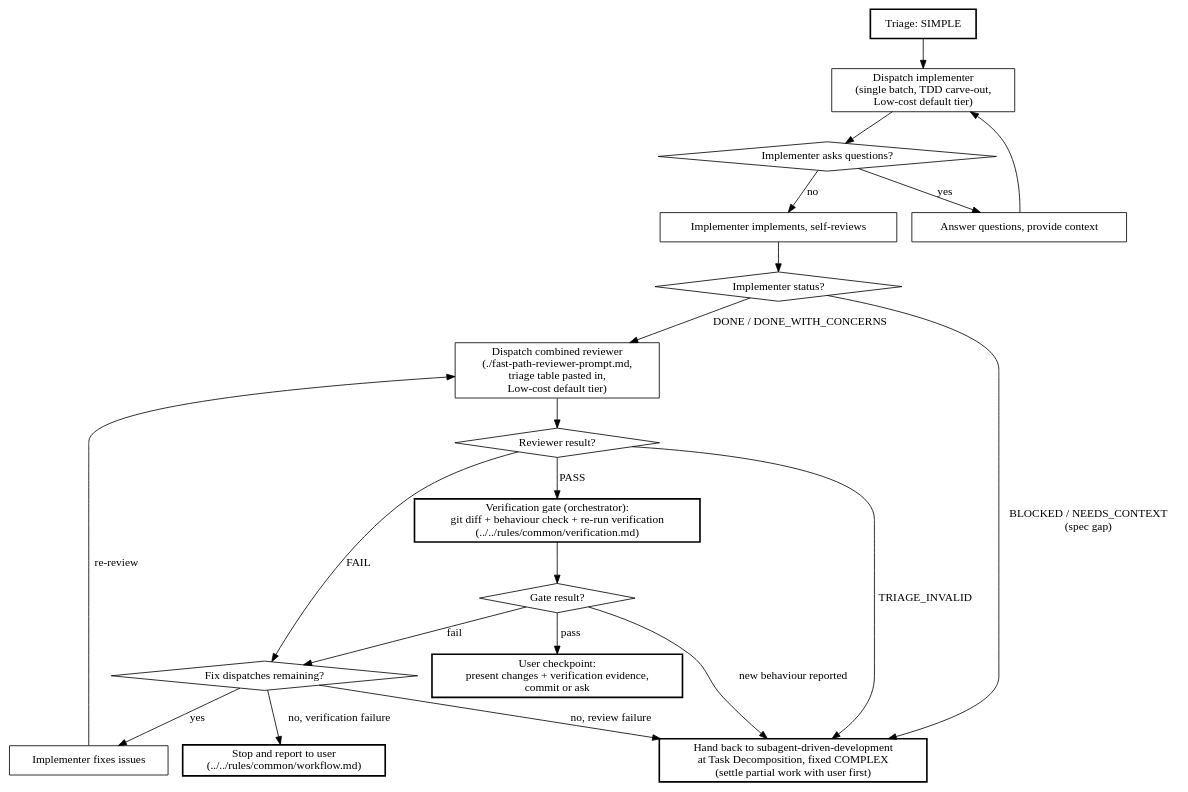
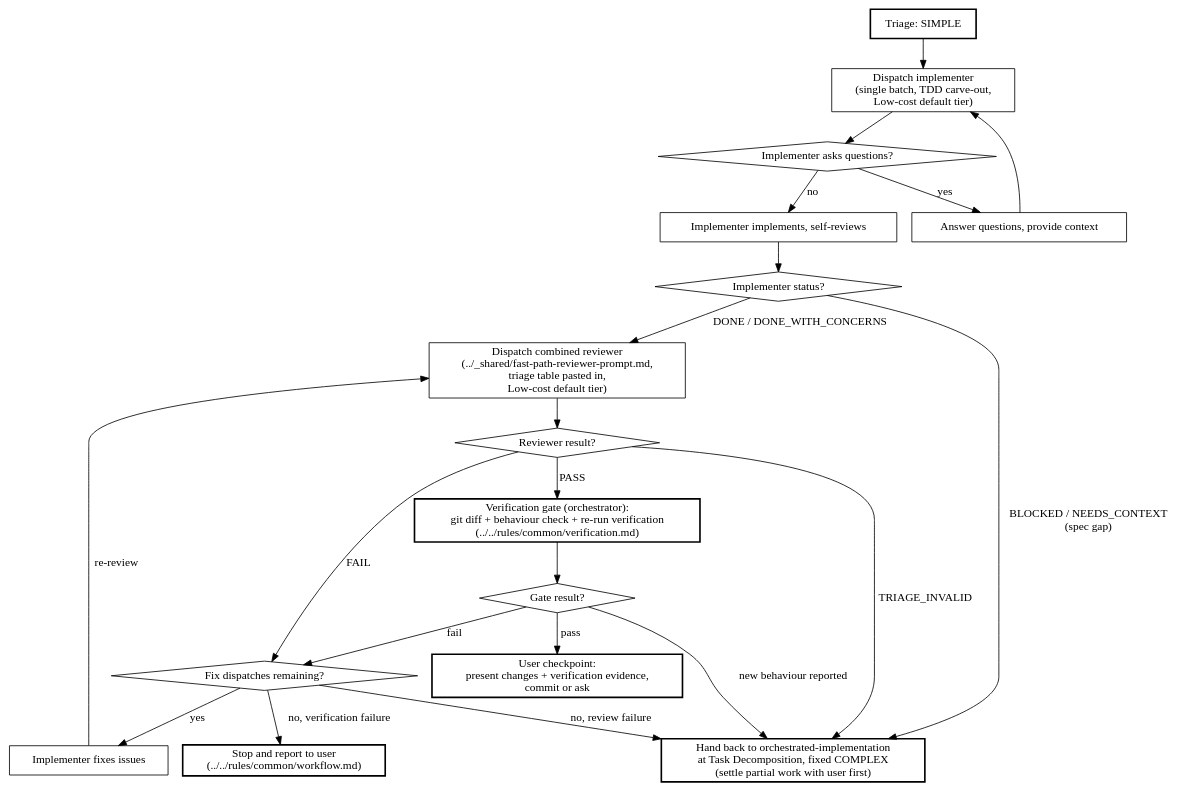
One commit to philipobenito/elelem changed the diagram in skills/fast-path-implementation/SKILL.md. Above: the diagram before and after it, drawn with Graphviz. The commit also changed other lines of this file and 34 other files, not shown here.

First line of the commit message:
Add debugging investigator and reviewer prompt templates; implement orchestrated implementation skill and teammate protocol

````diff
--- a/skills/fast-path-implementation/SKILL.md
+++ b/skills/fast-path-implementation/SKILL.md
@@ -129,42 +129,42 @@
 ```dot
 digraph fast_path {
     rankdir=TB;
 
     "Triage: SIMPLE" [shape=box, style=bold];
     "Dispatch implementer\n(single batch, TDD carve-out,\nLow-cost default tier)" [shape=box];
     "Implementer asks questions?" [shape=diamond];
     "Answer questions, provide context" [shape=box];
     "Implementer implements, self-reviews" [shape=box];
     "Implementer status?" [shape=diamond];
-    "Dispatch combined reviewer\n(./fast-path-reviewer-prompt.md,\ntriage table pasted in,\nLow-cost default tier)" [shape=box];
+    "Dispatch combined reviewer\n(../_shared/fast-path-reviewer-prompt.md,\ntriage table pasted in,\nLow-cost default tier)" [shape=box];
     "Reviewer result?" [shape=diamond];
     "Fix dispatches remaining?" [shape=diamond];
     "Implementer fixes issues" [shape=box];
     "Verification gate (orchestrator):\ngit diff + behaviour check + re-run verification\n(../../rules/common/verification.md)" [shape=box, style=bold];
     "Gate result?" [shape=diamond];
-    "Hand back to subagent-driven-development\nat Task Decomposition, fixed COMPLEX\n(settle partial work with user first)" [shape=box, style=bold];
+    "Hand back to orchestrated-implementation\nat Task Decomposition, fixed COMPLEX\n(settle partial work with user first)" [shape=box, style=bold];
     "Stop and report to user\n(../../rules/common/workflow.md)" [shape=box, style=bold];
     "User checkpoint:\npresent changes + verification evidence,\ncommit or ask" [shape=box, style=bold];
 
     "Triage: SIMPLE" -> "Dispatch implementer\n(single batch, TDD carve-out,\nLow-cost default tier)";
     "Dispatch implementer\n(single batch, TDD carve-out,\nLow-cost default tier)" -> "Implementer asks questions?";
     "Implementer asks questions?" -> "Answer questions, provide context" [label="yes"];
     "Answer questions, provide context" -> "Dispatch implementer\n(single batch, TDD carve-out,\nLow-cost default tier)";
     "Implementer asks questions?" -> "Implementer implements, self-reviews" [label="no"];
     "Implementer implements, self-reviews" -> "Implementer status?";
-    "Implementer status?" -> "Dispatch combined reviewer\n(./fast-path-reviewer-prompt.md,\ntriage table pasted in,\nLow-cost default tier)" [label="DONE / DONE_WITH_CONCERNS"];
-    "Implementer status?" -> "Hand back to subagent-driven-development\nat Task Decomposition, fixed COMPLEX\n(settle partial work with user first)" [label="BLOCKED / NEEDS_CONTEXT\n(spec gap)"];
-    "Dispatch combined reviewer\n(./fast-path-reviewer-prompt.md,\ntriage table pasted in,\nLow-cost default tier)" -> "Reviewer result?";
+    "Implementer status?" -> "Dispatch combined reviewer\n(../_shared/fast-path-reviewer-prompt.md,\ntriage table pasted in,\nLow-cost default tier)" [label="DONE / DONE_WITH_CONCERNS"];
+    "Implementer status?" -> "Hand back to orchestrated-implementation\nat Task Decomposition, fixed COMPLEX\n(settle partial work with user first)" [label="BLOCKED / NEEDS_CONTEXT\n(spec gap)"];
+    "Dispatch combined reviewer\n(../_shared/fast-path-reviewer-prompt.md,\ntriage table pasted in,\nLow-cost default tier)" -> "Reviewer result?";
     "Reviewer result?" -> "Verification gate (orchestrator):\ngit diff + behaviour check + re-run verification\n(../../rules/common/verification.md)" [label="PASS"];
     "Reviewer result?" -> "Fix dispatches remaining?" [label="FAIL"];
-    "Reviewer result?" -> "Hand back to subagent-driven-development\nat Task Decomposition, fixed COMPLEX\n(settle partial work with user first)" [label="TRIAGE_INVALID"];
+    "Reviewer result?" -> "Hand back to orchestrated-implementation\nat Task Decomposition, fixed COMPLEX\n(settle partial work with user first)" [label="TRIAGE_INVALID"];
     "Fix dispatches remaining?" -> "Implementer fixes issues" [label="yes"];
-    "Fix dispatches remaining?" -> "Hand back to subagent-driven-development\nat Task Decomposition, fixed COMPLEX\n(settle partial work with user first)" [label="no, review failure"];
+    "Fix dispatches remaining?" -> "Hand back to orchestrated-implementation\nat Task Decomposition, fixed COMPLEX\n(settle partial work with user first)" [label="no, review failure"];
     "Fix dispatches remaining?" -> "Stop and report to user\n(../../rules/common/workflow.md)" [label="no, verification failure"];
-    "Implementer fixes issues" -> "Dispatch combined reviewer\n(./fast-path-reviewer-prompt.md,\ntriage table pasted in,\nLow-cost default tier)" [label="re-review"];
+    "Implementer fixes issues" -> "Dispatch combined reviewer\n(../_shared/fast-path-reviewer-prompt.md,\ntriage table pasted in,\nLow-cost default tier)" [label="re-review"];
     "Verification gate (orchestrator):\ngit diff + behaviour check + re-run verification\n(../../rules/common/verification.md)" -> "Gate result?";
     "Gate result?" -> "Fix dispatches remaining?" [label="fail"];
-    "Gate result?" -> "Hand back to subagent-driven-development\nat Task Decomposition, fixed COMPLEX\n(settle partial work with user first)" [label="new behaviour reported"];
+    "Gate result?" -> "Hand back to orchestrated-implementation\nat Task Decomposition, fixed COMPLEX\n(settle partial work with user first)" [label="new behaviour reported"];
     "Gate result?" -> "User checkpoint:\npresent changes + verification evidence,\ncommit or ask" [label="pass"];
 }
 ```
````
